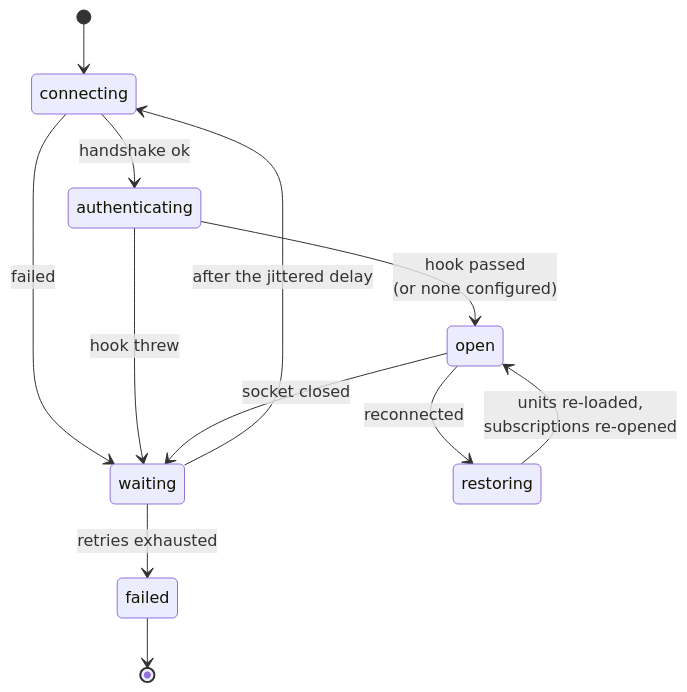
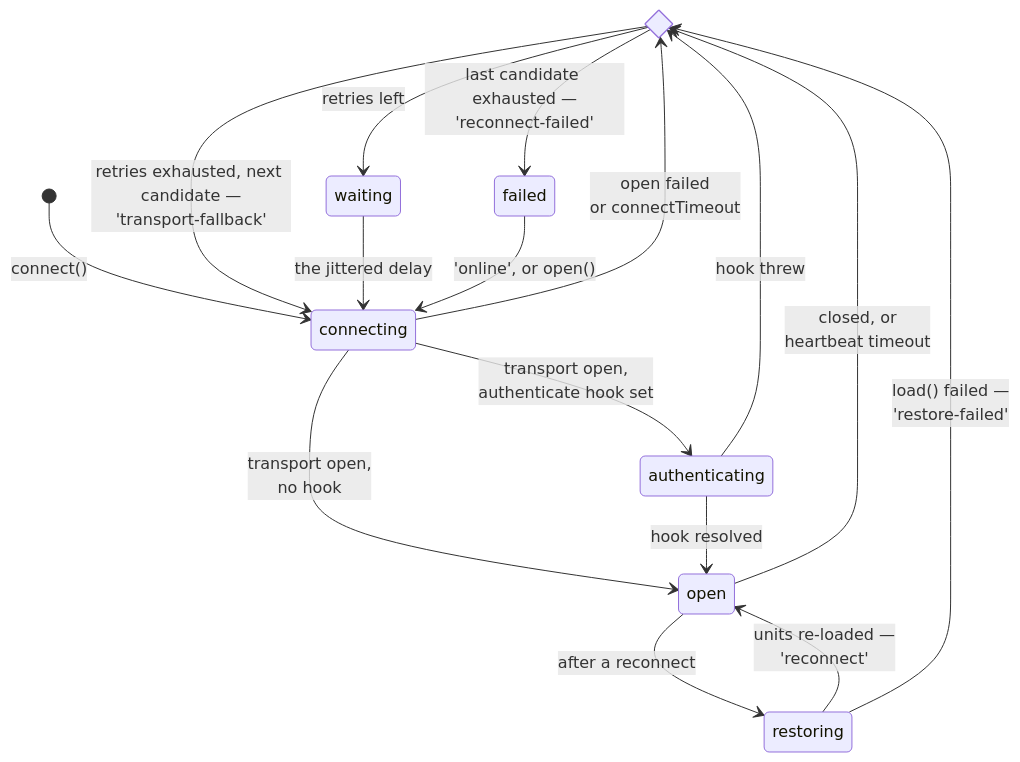
One commit to Alexis-Technologies/wrpc changed the diagram in docs/guide/client.md. Above: the diagram before and after it, drawn with Mermaid. The commit also changed other lines of this file and 21 other files, not shown here.

First line of the commit message:
docs: architecture page, diagrams across the guide, and stale-fact fixes (#6)

````diff
--- a/docs/guide/client.md
+++ b/docs/guide/client.md
@@ -206,14 +206,19 @@
 ```mermaid
 stateDiagram-v2
-  [*] --> connecting
-  connecting --> authenticating: handshake ok
-  connecting --> waiting: failed
-  authenticating --> open: hook passed<br>(or none configured)
-  authenticating --> waiting: hook threw
-  open --> waiting: socket closed
-  waiting --> connecting: after the jittered delay
-  waiting --> failed: retries exhausted
-  open --> restoring: reconnected
-  restoring --> open: units re-loaded,<br>subscriptions re-opened
-  failed --> [*]
+  state next <<choice>>
+  [*] --> connecting: connect()
+  connecting --> authenticating: transport open,<br>authenticate hook set
+  connecting --> open: transport open,<br>no hook
+  authenticating --> open: hook resolved
+  open --> restoring: after a reconnect
+  restoring --> open: units re-loaded —<br>'reconnect'
+  connecting --> next: open failed<br>or connectTimeout
+  authenticating --> next: hook threw
+  restoring --> next: load() failed —<br>'restore-failed'
+  open --> next: closed, or<br>heartbeat timeout
+  next --> waiting: retries left
+  next --> connecting: retries exhausted, next candidate —<br>'transport-fallback'
+  next --> failed: last candidate exhausted —<br>'reconnect-failed'
+  waiting --> connecting: the jittered delay
+  failed --> connecting: 'online', or open()
 ```
````
